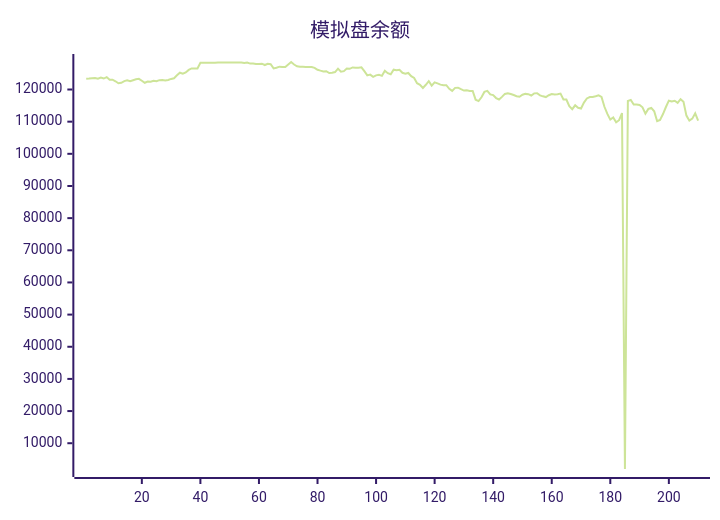
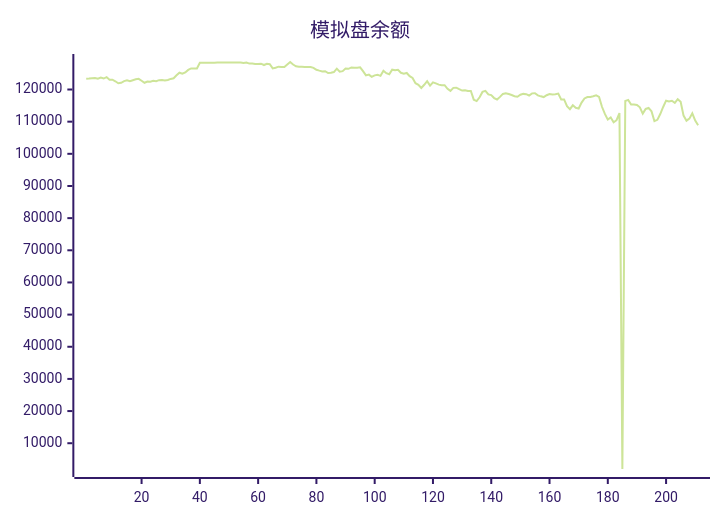
One commit to aahl/ai-trading changed the diagram in README.md. Above: the diagram before and after it, drawn with Mermaid (forest theme). The commit also changed other lines of this file and 1 other file, not shown here.

````diff
--- a/README.md
+++ b/README.md
@@ -5,5 +5,5 @@
 ```mermaid
 xychart
     title "模拟盘余额"
-    line [123338,123402,123530,123592,123378,123745,123413,123853,123009,123040,122557,121938,122095,122599,122856,122597,122898,123160,123319,122719,122087,122454,122416,122685,122592,122907,122961,122776,122981,123295,123507,124403,125224,124894,125303,126088,126544,126534,126549,128335,128318,128318,128318,128318,128318,128424,128424,128424,128424,128424,128424,128424,128424,128424,128247,128412,128062,128087,127917,127901,128026,127611,128000,127850,126572,126770,127100,126971,127029,127783,128554,127765,127224,127064,127044,127009,127025,127004,126738,126152,125871,125635,125707,125117,125217,125420,126480,125545,125715,126511,126424,126856,126764,126788,126890,125710,124381,124632,123936,124402,124574,124256,125833,125070,124739,126154,125966,126145,125213,124943,125143,124157,123604,121959,121476,120476,121470,122610,121201,122221,121889,121522,121332,121344,120232,119559,120513,120577,120108,119680,119777,119572,119568,116839,116392,117573,119250,119585,118469,118277,117338,116897,117706,118628,118849,118579,118280,117926,117735,118373,118639,118544,118136,118798,118819,118162,117874,117649,118215,118601,118463,118517,118713,116911,116899,114798,113887,115084,114313,114091,115934,117221,117658,117658,117883,118164,117693,114632,112403,110644,111313,109777,110444,112673,1984,116419,116772,115355,115355,115198,114476,112510,113954,114276,113223,110151,110561,112361,114562,116522,116265,116500,115845,117000,116199,111887,110306,110942,112588,110318]
+    line [123338,123402,123530,123592,123378,123745,123413,123853,123009,123040,122557,121938,122095,122599,122856,122597,122898,123160,123319,122719,122087,122454,122416,122685,122592,122907,122961,122776,122981,123295,123507,124403,125224,124894,125303,126088,126544,126534,126549,128335,128318,128318,128318,128318,128318,128424,128424,128424,128424,128424,128424,128424,128424,128424,128247,128412,128062,128087,127917,127901,128026,127611,128000,127850,126572,126770,127100,126971,127029,127783,128554,127765,127224,127064,127044,127009,127025,127004,126738,126152,125871,125635,125707,125117,125217,125420,126480,125545,125715,126511,126424,126856,126764,126788,126890,125710,124381,124632,123936,124402,124574,124256,125833,125070,124739,126154,125966,126145,125213,124943,125143,124157,123604,121959,121476,120476,121470,122610,121201,122221,121889,121522,121332,121344,120232,119559,120513,120577,120108,119680,119777,119572,119568,116839,116392,117573,119250,119585,118469,118277,117338,116897,117706,118628,118849,118579,118280,117926,117735,118373,118639,118544,118136,118798,118819,118162,117874,117649,118215,118601,118463,118517,118713,116911,116899,114798,113887,115084,114313,114091,115934,117221,117658,117658,117883,118164,117693,114632,112403,110644,111313,109777,110444,112673,1984,116419,116772,115355,115355,115198,114476,112510,113954,114276,113223,110151,110561,112361,114562,116522,116265,116500,115845,117000,116199,111887,110306,110942,112588,110318,108891]
 ```
````
